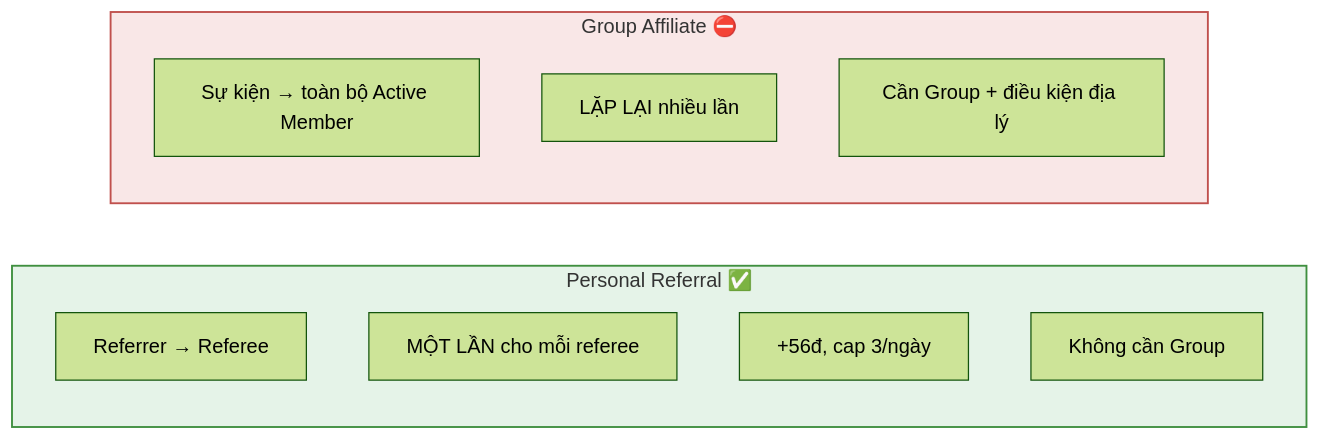
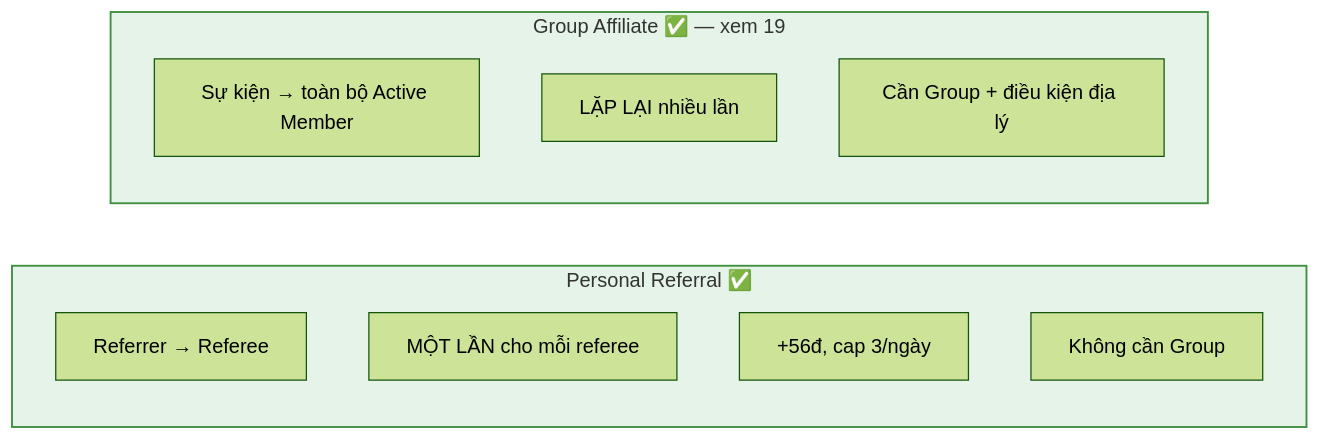
Before and after one commit to fdshn/trueheart: the first of 6 diagrams in docs/diagram/23-referral.md, drawn with Mermaid (forest theme). The commit also changed other lines of this file and 49 other files, not shown here.

````diff
--- a/docs/diagram/23-referral.md
+++ b/docs/diagram/23-referral.md
@@ -7,17 +7,17 @@
 ```mermaid
 flowchart LR
     subgraph P["Personal Referral ✅"]
         P1["Referrer → Referee"]
         P2["MỘT LẦN cho mỗi referee"]
         P3["+56đ, cap 3/ngày"]
         P4["Không cần Group"]
     end
-    subgraph A["Group Affiliate ⛔"]
+    subgraph A["Group Affiliate ✅ — xem 19"]
         A1["Sự kiện → toàn bộ Active Member"]
         A2["LẶP LẠI nhiều lần"]
         A3["Cần Group + điều kiện địa lý"]
     end
 
     style P fill:#3ca05021,stroke:#3f8f3f,stroke-width:1.5px
-    style A fill:#d2464621,stroke:#c0504d,stroke-width:1.5px
+    style A fill:#3ca05021,stroke:#3f8f3f,stroke-width:1.5px
 ```
````
